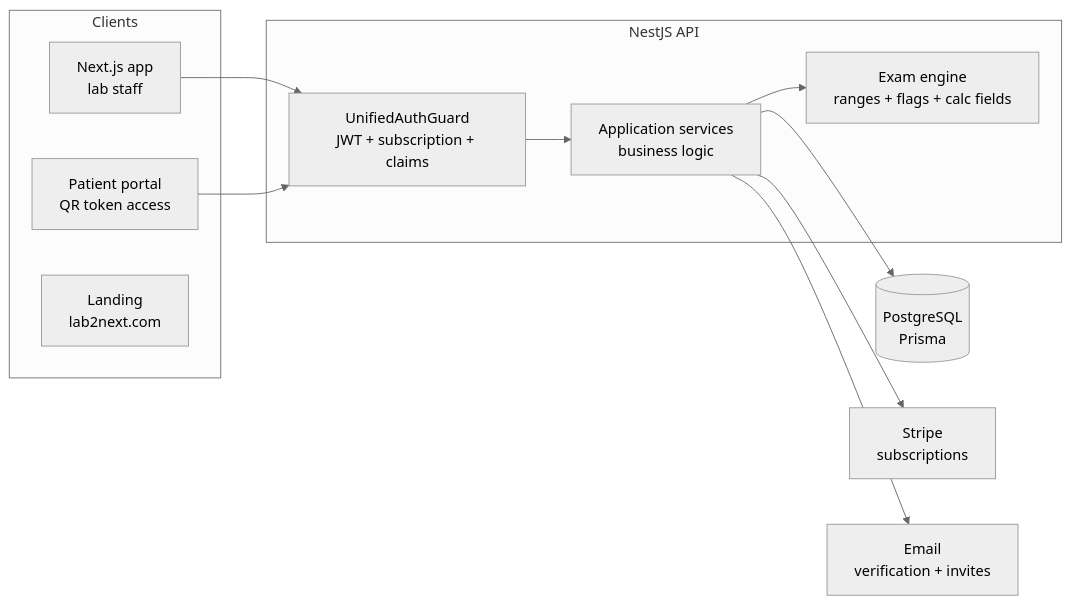
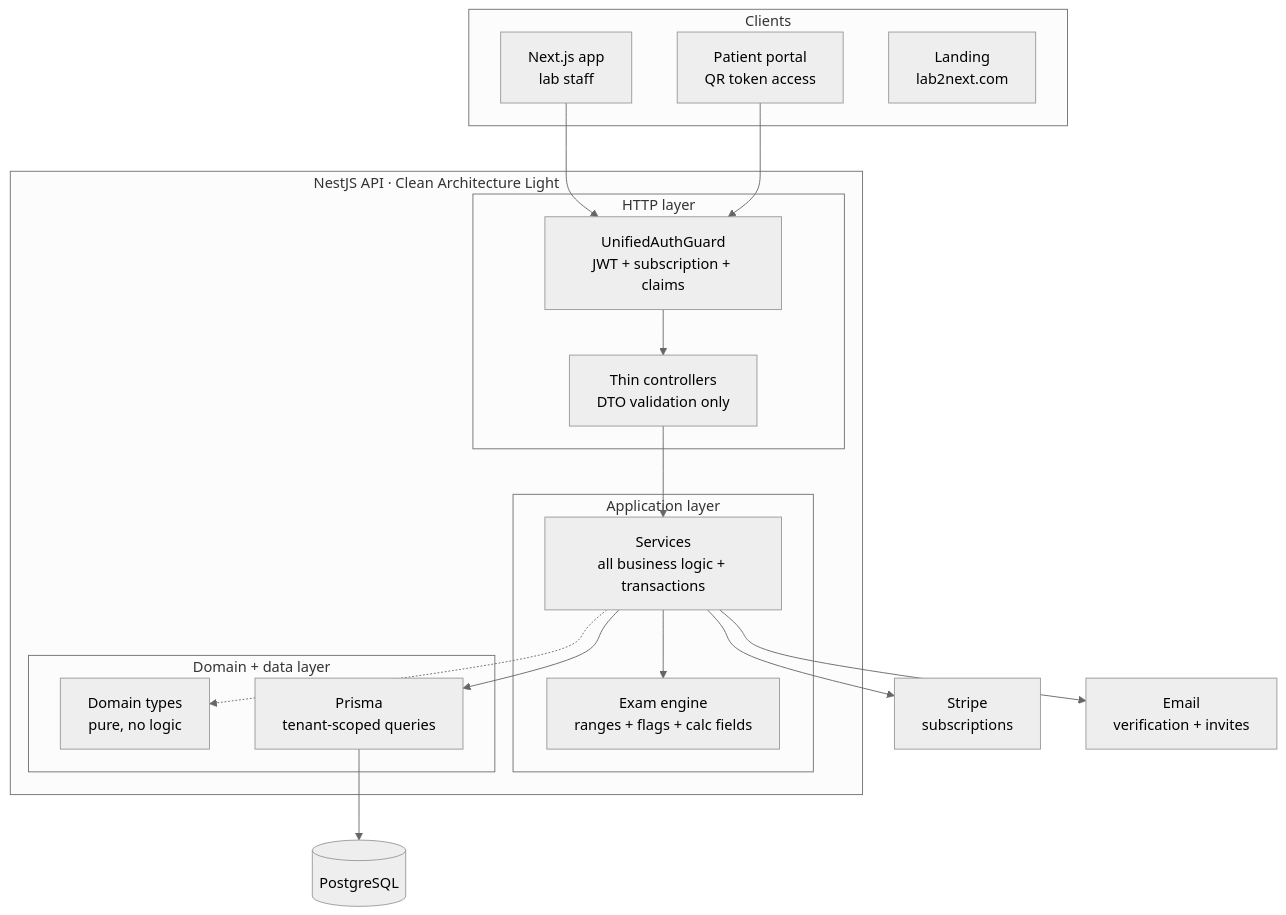
The diagram in README.md (SpidySamurai/lab2next-showcase), drawn with Mermaid before and after one commit. The commit also changed other lines of this file and 2 other files, not shown here.

Commit message:
Diagrams show the three module layers; super admin reframed as platform scope
- README and architecture overview: http/ application/ domain+data
  subgraphs per Clean Architecture Light (ADR-010)
- Guard chain: super-admin bypass node removed; platform-scope roles
  explained as non-tenants resolved by the same policy evaluation

````diff
--- a/README.md
+++ b/README.md
@@ -40,23 +40,37 @@
 ```mermaid
 %%{init: {'theme': 'neutral'}}%%
-flowchart LR
+flowchart TB
     subgraph Clients
         W[Next.js app<br/>lab staff]
         P[Patient portal<br/>QR token access]
         L[Landing<br/>lab2next.com]
     end
-    subgraph Backend [NestJS API]
-        G[UnifiedAuthGuard<br/>JWT + subscription + claims]
-        S[Application services<br/>business logic]
-        E[Exam engine<br/>ranges + flags + calc fields]
+
+    subgraph API [NestJS API · Clean Architecture Light]
+        subgraph HTTP [HTTP layer]
+            G[UnifiedAuthGuard<br/>JWT + subscription + claims]
+            C[Thin controllers<br/>DTO validation only]
+        end
+        subgraph APP [Application layer]
+            S[Services<br/>all business logic + transactions]
+            E[Exam engine<br/>ranges + flags + calc fields]
+        end
+        subgraph DOM [Domain + data layer]
+            T[Domain types<br/>pure, no logic]
+            PR[Prisma<br/>tenant-scoped queries]
+        end
     end
-    DB[(PostgreSQL<br/>Prisma)]
+
+    DB[(PostgreSQL)]
     ST[Stripe<br/>subscriptions]
     EM[Email<br/>verification + invites]
 
-    W --> G --> S --> DB
+    W --> G
     P --> G
+    G --> C --> S
     S --> E
+    S -.-> T
+    S --> PR --> DB
     S --> ST
     S --> EM
 ```
````
